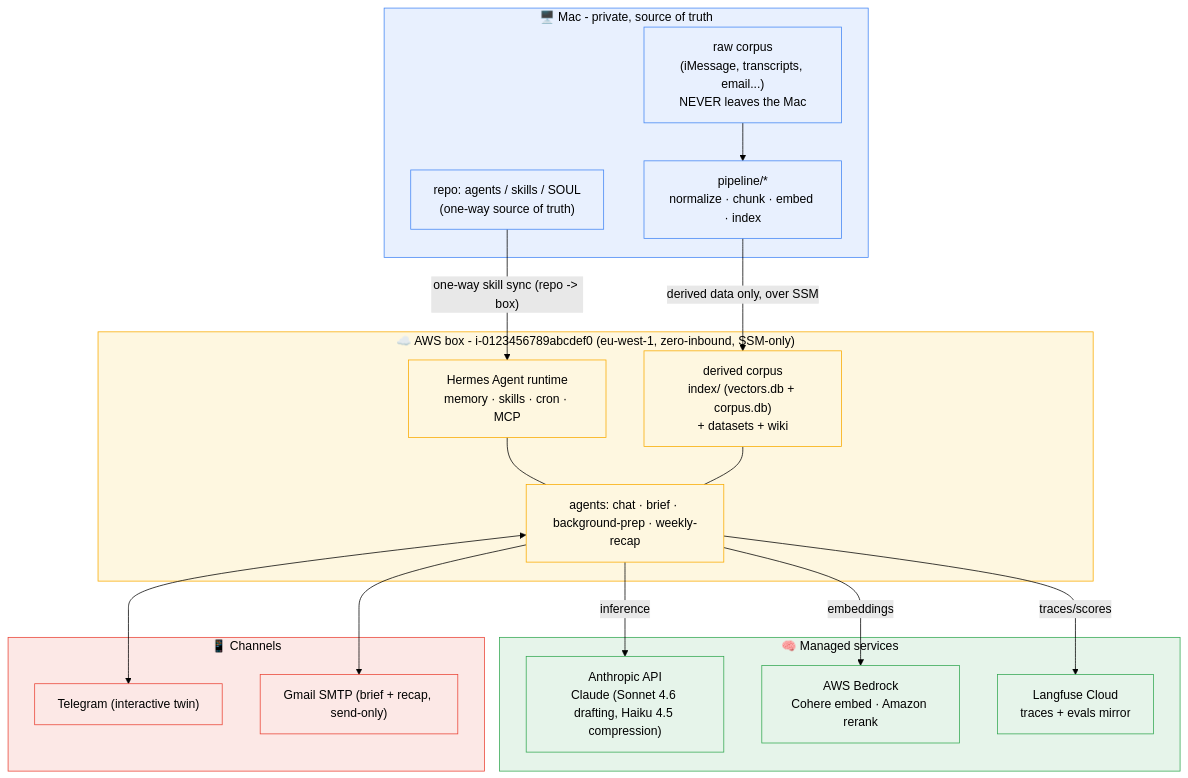
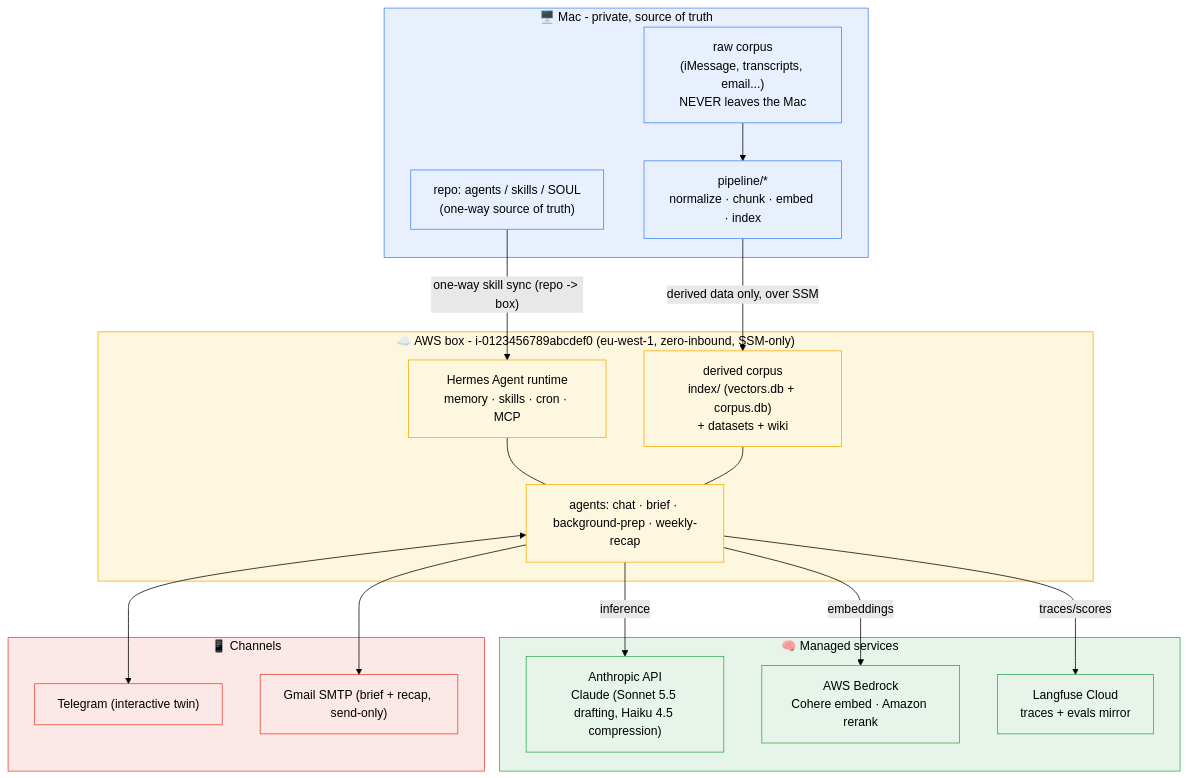
One commit to danielpuri1901/twin-mind changed the first of 6 diagrams in docs/architecture-map.md. Above: the diagram before and after it, drawn with Mermaid (forest theme). The commit also changed other lines of this file and 14 other files, not shown here.

First line of the commit message:
feat: production Claude calls on Sonnet 5.5, structured outputs replace forced tool use

````diff
--- a/docs/architecture-map.md
+++ b/docs/architecture-map.md
@@ -14,45 +14,45 @@
 ```mermaid
 flowchart TB
     subgraph MAC["🖥️ Mac - private, source of truth"]
         RAW["raw corpus<br/>(iMessage, transcripts, email...)<br/>NEVER leaves the Mac"]
         PREP["pipeline/*<br/>normalize · chunk · embed · index"]
         REPO["repo: agents / skills / SOUL<br/>(one-way source of truth)"]
         RAW --> PREP
     end
 
     subgraph BOX["☁️ AWS box - i-0123456789abcdef0 (eu-west-1, zero-inbound, SSM-only)"]
         HERMES["Hermes Agent runtime<br/>memory · skills · cron · MCP"]
         DERIVED["derived corpus<br/>index/ (vectors.db + corpus.db)<br/>+ datasets + wiki"]
         AGENTS["agents: chat · brief · background-prep · weekly-recap"]
         HERMES --- AGENTS
         DERIVED --- AGENTS
     end
 
     subgraph CLOUD["🧠 Managed services"]
-        ANTHROPIC["Anthropic API<br/>Claude (Sonnet 4.6 drafting, Haiku 4.5 compression)"]
+        ANTHROPIC["Anthropic API<br/>Claude (Sonnet 5.5 drafting, Haiku 4.5 compression)"]
         BEDROCK["AWS Bedrock<br/>Cohere embed · Amazon rerank"]
         LANGFUSE["Langfuse Cloud<br/>traces + evals mirror"]
     end
 
     subgraph CHAN["📱 Channels"]
         TG["Telegram (interactive twin)"]
         GMAIL["Gmail SMTP (brief + recap, send-only)"]
     end
 
     PREP -->|"derived data only, over SSM"| DERIVED
     REPO -->|"one-way skill sync (repo -> box)"| HERMES
     AGENTS -->|inference| ANTHROPIC
     AGENTS -->|embeddings| BEDROCK
     AGENTS -->|traces/scores| LANGFUSE
     AGENTS <--> TG
     AGENTS --> GMAIL
 
     classDef mac fill:#e8f0fe,stroke:#4285f4,color:#000
     classDef box fill:#fef7e0,stroke:#f9ab00,color:#000
     classDef cloud fill:#e6f4ea,stroke:#34a853,color:#000
     classDef chan fill:#fce8e6,stroke:#ea4335,color:#000
     class MAC,RAW,PREP,REPO mac
     class BOX,HERMES,DERIVED,AGENTS box
     class CLOUD,ANTHROPIC,BEDROCK,LANGFUSE cloud
     class CHAN,TG,GMAIL chan
 ```
````
